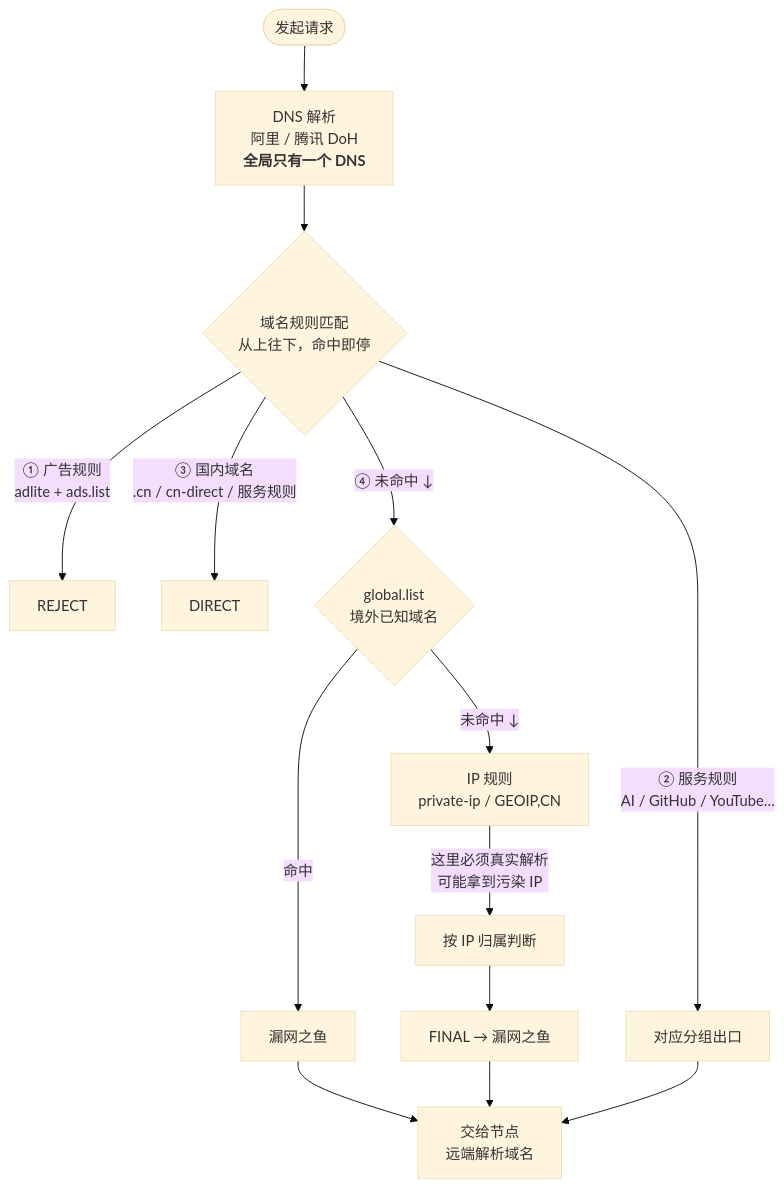
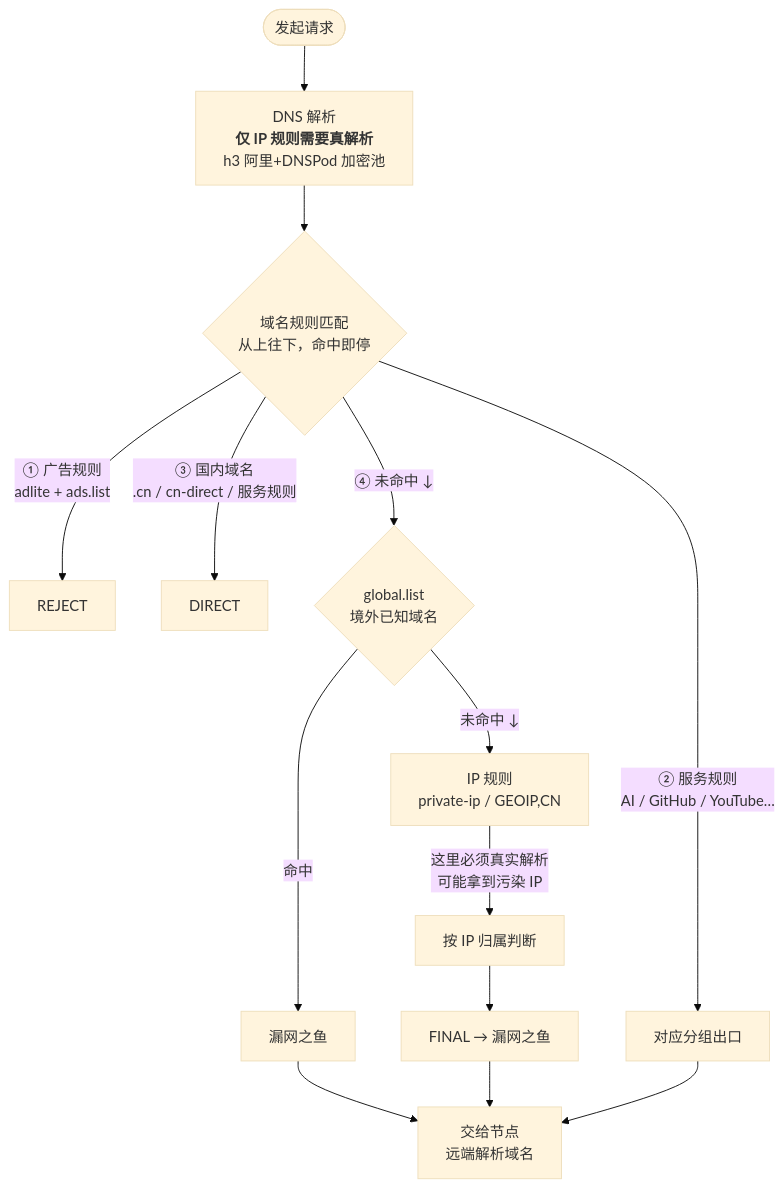
The first of 3 diagrams in README.md (chaojiman/sr-rules), drawn with Mermaid (base theme) before and after one commit. The commit also changed other lines of this file, not shown here.

Commit message:
docs(readme): sync DNS explanations with new encrypted H3 pool config

````diff
--- a/README.md
+++ b/README.md
@@ -76,19 +76,19 @@
 ```mermaid
 flowchart TD
-    A([发起请求]) --> B["DNS 解析<br/>阿里 / 腾讯 DoH<br/><b>全局只有一个 DNS</b>"]
+    A([发起请求]) --> B["DNS 解析<br/><b>仅 IP 规则需要真解析</b><br/>h3 阿里+DNSPod 加密池"]
     B --> C{"域名规则匹配<br/>从上往下，命中即停"}
 
     C -->|"① 广告规则<br/>adlite + ads.list"| R1[REJECT]
     C -->|"② 服务规则<br/>AI / GitHub / YouTube…"| R2[对应分组出口]
     C -->|"③ 国内域名<br/>.cn / cn-direct / 服务规则"| R3[DIRECT]
     C -->|"④ 未命中 ↓"| D{"global.list<br/>境外已知域名"}
 
     D -->|命中| P1[漏网之鱼]
     D -->|"未命中 ↓"| E["IP 规则<br/>private-ip / GEOIP,CN"]
     E -->|"这里必须真实解析<br/>可能拿到污染 IP"| F[按 IP 归属判断]
     F --> G[FINAL → 漏网之鱼]
 
     P1 --> H["交给节点<br/>远端解析域名"]
     G --> H
     R2 --> H
 ```
````
